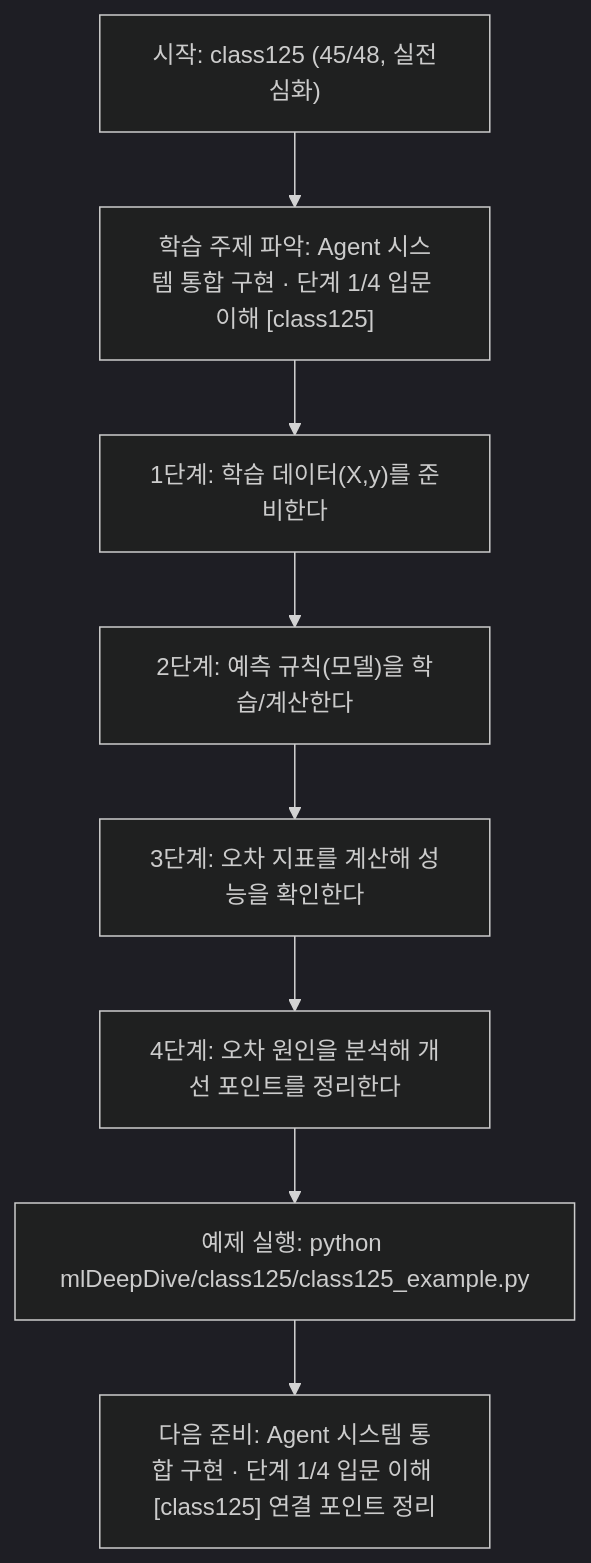
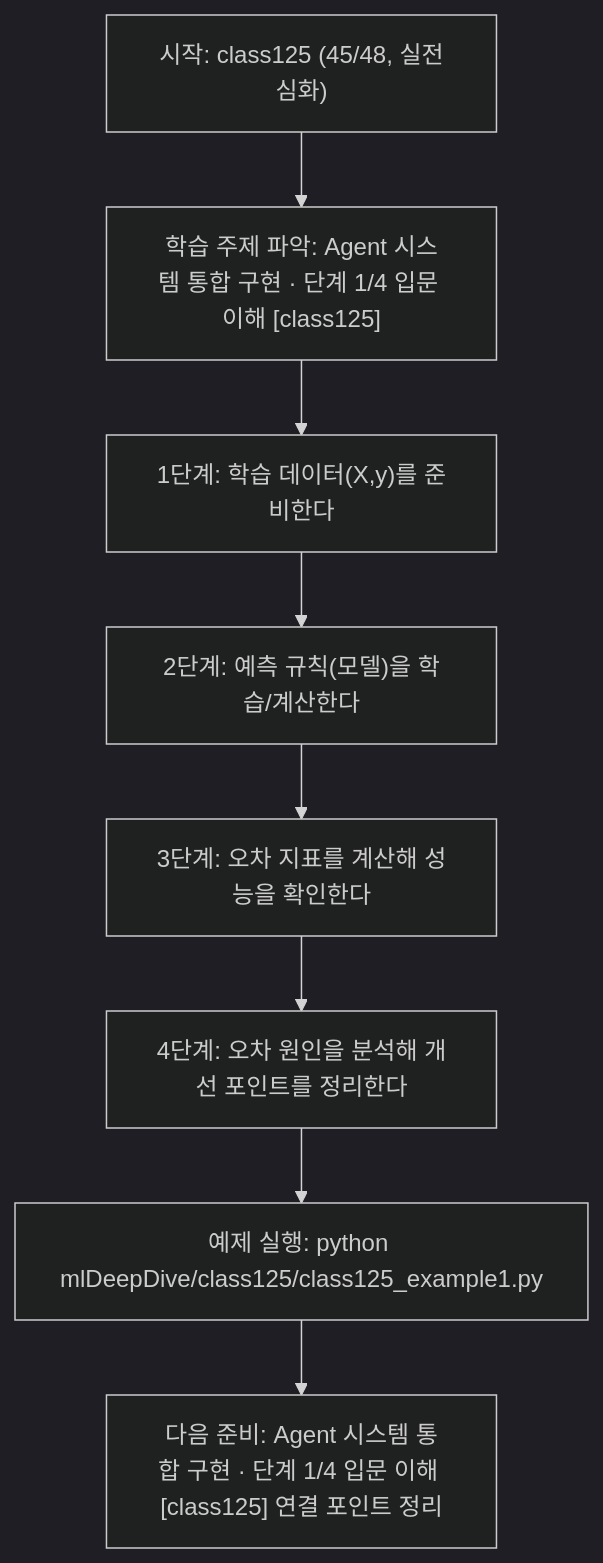
Before and after one commit to edumgt/Python-AI_Agent-Class: the diagram in mlDeepDive/class125/class125.md, drawn with Mermaid (dark theme). The commit also changed other lines of this file and 2959 other files, not shown here.

````diff
--- a/mlDeepDive/class125/class125.md
+++ b/mlDeepDive/class125/class125.md
@@ -111,18 +111,18 @@
 ```mermaid
 flowchart TD
 N1["시작: class125 (45/48, 실전심화)"]
 N2["학습 주제 파악: Agent 시스템 통합 구현 · 단계 1/4 입문 이해 [class125]"]
 N3["1단계: 학습 데이터(X,y)를 준비한다"]
 N4["2단계: 예측 규칙(모델)을 학습/계산한다"]
 N5["3단계: 오차 지표를 계산해 성능을 확인한다"]
 N6["4단계: 오차 원인을 분석해 개선 포인트를 정리한다"]
-N7["예제 실행: python mlDeepDive/class125/class125_example.py"]
+N7["예제 실행: python mlDeepDive/class125/class125_example1.py"]
 N8["다음 준비: Agent 시스템 통합 구현 · 단계 1/4 입문 이해 [class125] 연결 포인트 정리"]
 N1 --> N2
 N2 --> N3
 N3 --> N4
 N4 --> N5
 N5 --> N6
 N6 --> N7
 N7 --> N8
 ```
````
